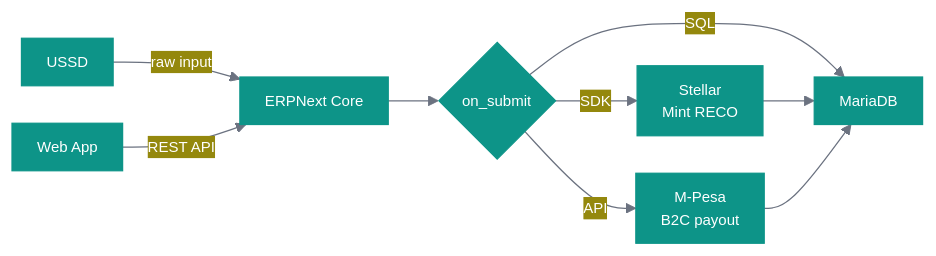
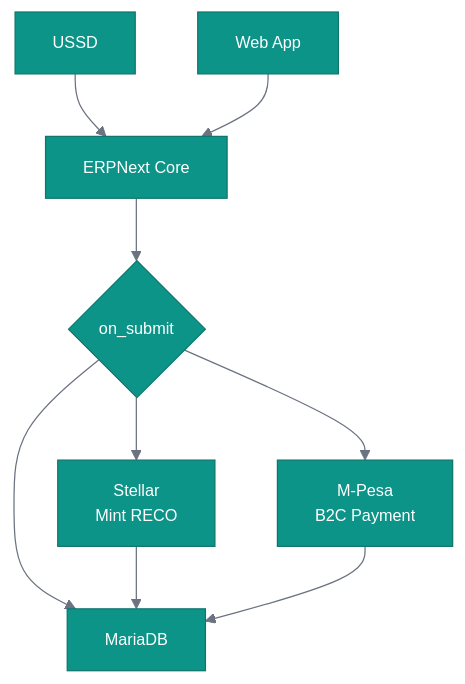
One commit to Matxchange/matXchange changed the second of 5 diagrams in README.md. Above: the diagram before and after it, drawn with Mermaid. The commit also changed other lines of this file, not shown here.

Commit message:
Update mermaid diagrams in README.md

````diff
--- a/README.md
+++ b/README.md
@@ -55,12 +55,12 @@
 ```mermaid
-%%{init: {"theme": "base", "themeVariables": {"primaryColor": "#0D9488", "primaryTextColor": "#ffffff", "primaryBorderColor": "#0D9488", "lineColor": "#6B7280", "fontFamily": "ui-monospace, monospace", "fontSize": "12px"}, "flowchart": {"curve": "basis", "nodeSpacing": 30, "rankSpacing": 40, "padding": 10}}}%%
-flowchart LR
-    A[USSD] -->|raw input| C[ERPNext Core]
-    B[Web App] -->|REST API| C
+%%{init: {"theme": "base", "themeVariables": {"primaryColor": "#0D9488", "primaryTextColor": "#ffffff", "primaryBorderColor": "#0F766E", "lineColor": "#6B7280", "fontFamily": "ui-monospace, monospace", "fontSize": "13px"}}}%%
+flowchart TD
+    A[USSD] --> C[ERPNext Core]
+    B[Web App] --> C
     C --> D{on_submit}
-    D -->|SDK| E[Stellar\nMint RECO]
-    D -->|API| F[M-Pesa\nB2C payout]
-    D -->|SQL| G[MariaDB]
+    D --> E[Stellar\nMint RECO]
+    D --> F[M-Pesa\nB2C Payment]
+    D --> G[MariaDB]
     E --> G
     F --> G
 ```
````
